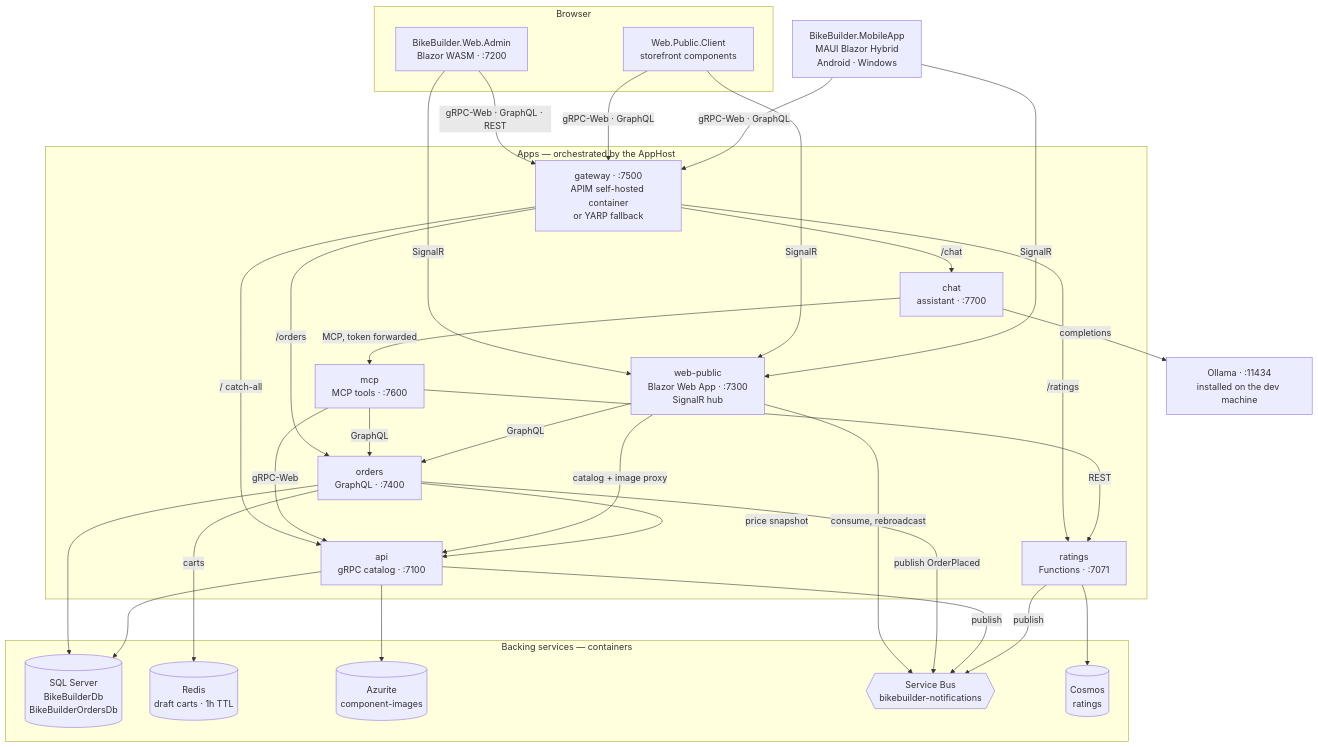
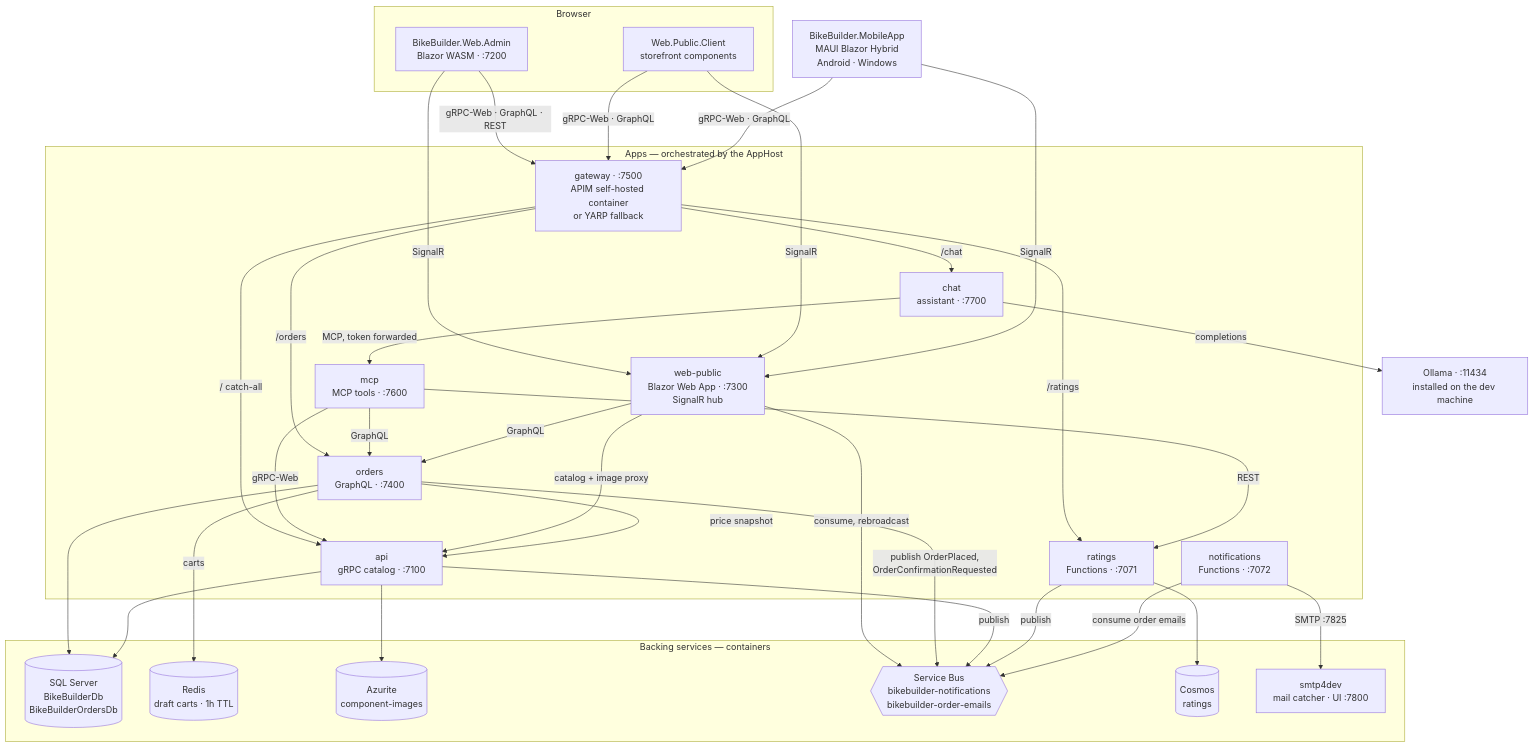
One commit to nickshepherd1983/BikeBuilderAspire changed the first of 2 diagrams in README.md. Above: the diagram before and after it, drawn with Mermaid. The commit also changed other lines of this file and 32 other files, not shown here.

First line of the commit message:
Send order-confirmation emails via Service Bus, smtp4dev locally and Mailjet deployed

````diff
--- a/README.md
+++ b/README.md
@@ -38,59 +38,63 @@
 ```mermaid
 flowchart TB
     subgraph browser["Browser"]
         web["BikeBuilder.Web.Admin<br/>Blazor WASM · :7200"]
         client["Web.Public.Client<br/>storefront components"]
     end
 
     mobile["BikeBuilder.MobileApp<br/>MAUI Blazor Hybrid<br/>Android · Windows"]
     ollama["Ollama · :11434<br/>installed on the dev machine"]
 
     subgraph apps["Apps — orchestrated by the AppHost"]
         gateway["gateway · :7500<br/>APIM self-hosted container<br/>or YARP fallback"]
         webpublic["web-public<br/>Blazor Web App · :7300<br/>SignalR hub"]
         orders["orders<br/>GraphQL · :7400"]
         api["api<br/>gRPC catalog · :7100"]
         ratings["ratings<br/>Functions · :7071"]
+        notifications["notifications<br/>Functions · :7072"]
         chat["chat<br/>assistant · :7700"]
         mcp["mcp<br/>MCP tools · :7600"]
     end
 
     subgraph backing["Backing services — containers"]
         sql[("SQL Server<br/>BikeBuilderDb<br/>BikeBuilderOrdersDb")]
         redis[("Redis<br/>draft carts · 1h TTL")]
         blob[("Azurite<br/>component-images")]
-        bus{{"Service Bus<br/>bikebuilder-notifications"}}
+        bus{{"Service Bus<br/>bikebuilder-notifications<br/>bikebuilder-order-emails"}}
         cosmos[("Cosmos<br/>ratings")]
+        smtp["smtp4dev<br/>mail catcher · UI :7800"]
     end
 
     web -->|gRPC-Web · GraphQL · REST| gateway
     web -->|SignalR| webpublic
     client -->|gRPC-Web · GraphQL| gateway
     client -->|SignalR| webpublic
     mobile -->|gRPC-Web · GraphQL| gateway
     mobile -->|SignalR| webpublic
 
     gateway -->|/ catch-all| api
     gateway -->|/orders| orders
     gateway -->|/ratings| ratings
     gateway -->|/chat| chat
 
     chat -->|completions| ollama
     chat -->|MCP, token forwarded| mcp
     mcp -->|gRPC-Web| api
     mcp -->|GraphQL| orders
     mcp -->|REST| ratings
 
     webpublic -->|catalog + image proxy| api
     webpublic -->|GraphQL| orders
     webpublic -->|consume, rebroadcast| bus
     orders -->|price snapshot| api
     orders -->|carts| redis
     orders --> sql
-    orders -->|publish OrderPlaced| bus
+    orders -->|publish OrderPlaced,<br/>OrderConfirmationRequested| bus
     api --> sql
     api --> blob
     api -->|publish| bus
     ratings --> cosmos
     ratings -->|publish| bus
+    notifications -->|consume order emails| bus
+    notifications -->|SMTP :7825| smtp
 ```
````
